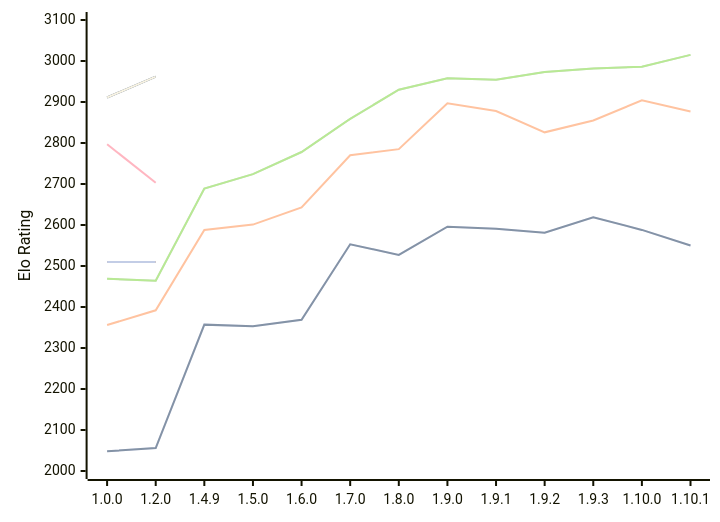
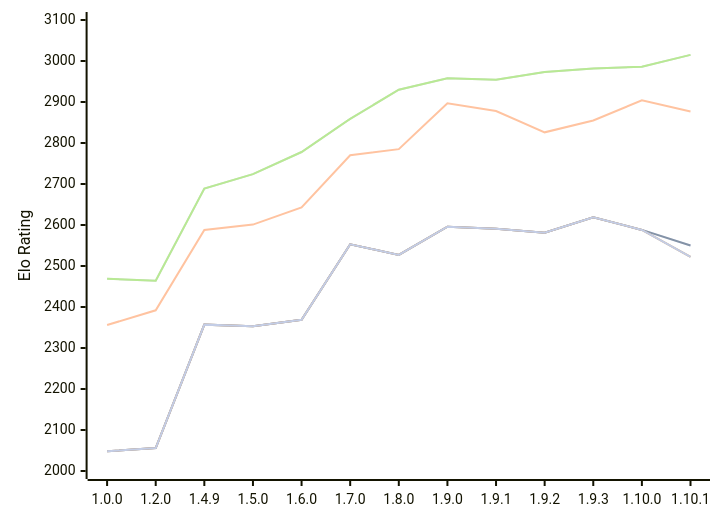
One commit to computer-chess-index/cci changed the diagram in engines/Basilisk.md. Above: the diagram before and after it, drawn with Mermaid. The commit also changed other lines of this file, not shown here.

Commit message:
Update CCI Ratings (ELO VLTC) - 2026-10-11

````diff
--- a/engines/Basilisk.md
+++ b/engines/Basilisk.md
@@ -60,16 +60,13 @@
 ```mermaid
 %%{init: {"theme":"base","themeVariables":{"seriesColors:['#a3a3a3','#222221','#faa371']}}}%%
 xychart-beta
   x-axis ["1.0.0", "1.2.0", "1.4.9", "1.5.0", "1.6.0", "1.7.0", "1.8.0", "1.9.0", "1.9.1", "1.9.2", "1.9.3", "1.10.0", "1.10.1"]
   y-axis "Elo Rating" 2000 --> 3100
   line "" [2048, 2056, 2357, 2353, 2369, 2553, 2527, 2596, 2591, 2581, 2619, 2588, 2550]
   line "T1: STC (8.0+0.08s)" [2048, 2056, 2357, 2353, 2369, 2553, 2527, 2596, 2591, 2581, 2619, 2588, 2550]
   line "T1: LTC (60.0+0.60s)" [2356, 2392, 2588, 2601, 2643, 2770, 2785, 2897, 2878, 2826, 2855, 2904, 2877]
   line "" [2469, 2464, 2689, 2724, 2778, 2859, 2930, 2958, 2954, 2973, 2982, 2986, 3015]
   line "T1: VLTC (2m24s+1.12s)" [2469, 2464, 2689, 2724, 2778, 2859, 2930, 2958, 2954, 2973, 2982, 2986, 3015]
-  line "" [2510, 2510]
-  line "E1: STC (8.0+0.08s)" [2510, 2510]
-  line "E1: LTC (60.0+0.60s)" [2797, 2703]
-  line "" [2911, 2962]
-  line "E1: VLTC (2m24s+1.12s)" [2911, 2962]
+  line "" [2048, 2056, 2357, 2353, 2369, 2553, 2527, 2596, 2591, 2581, 2619, 2588,2522, 2519]
+  line "E1: STC (8.0+0.08s)" [2048, 2056, 2357, 2353, 2369, 2553, 2527, 2596, 2591, 2581, 2619, 2588,2522, 2519]
 ```
````
